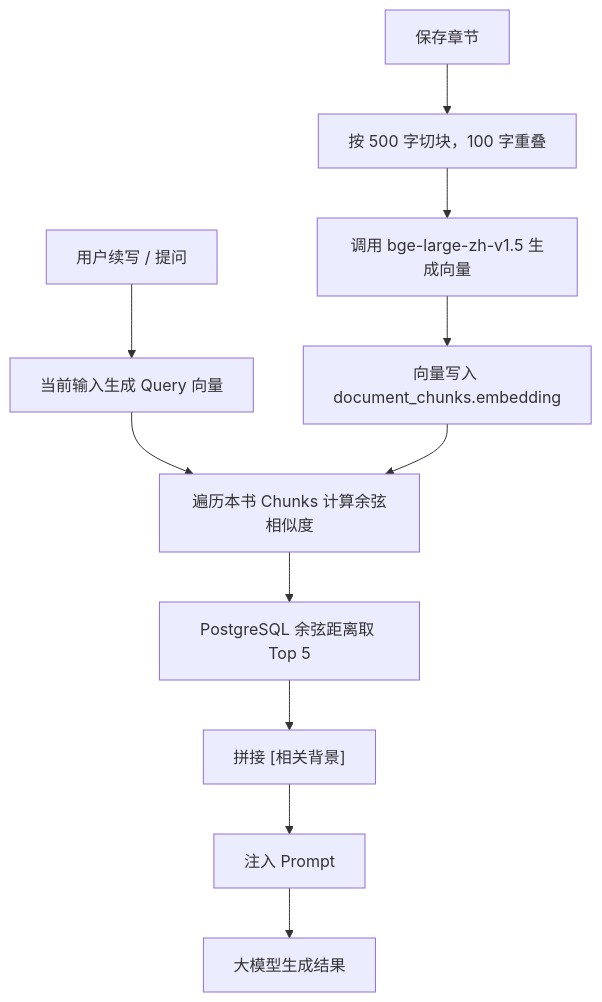
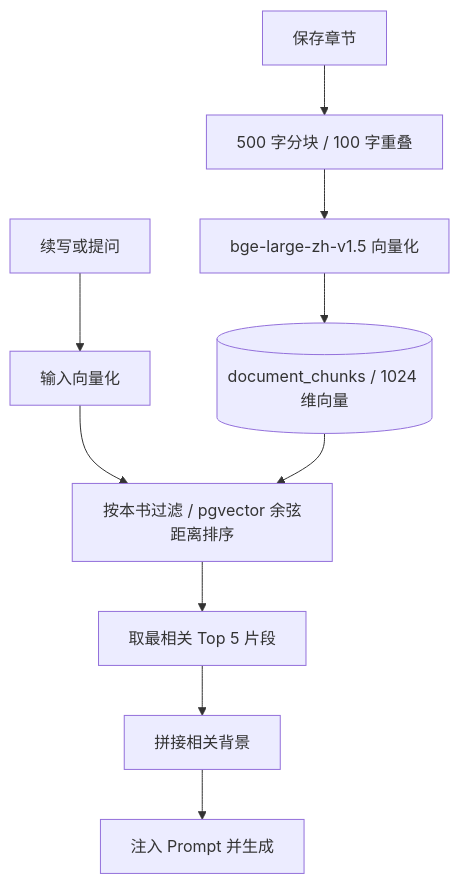
The second of 2 diagrams in README.md (tbyang28/ai-writing-assistant), drawn with Mermaid before and after one commit. The commit also changed other lines of this file and 6 other files, not shown here.

````diff
--- a/README.md
+++ b/README.md
@@ -108,13 +110,12 @@
 ```mermaid
 flowchart TD
-  Save["保存章节"] --> Split["按 500 字切块，100 字重叠"]
-  Split --> Embed["调用 bge-large-zh-v1.5 生成向量"]
-  Embed --> Store["向量写入 document_chunks.embedding"]
-  Query["用户续写 / 提问"] --> QueryEmbed["当前输入生成 Query 向量"]
-  QueryEmbed --> Similar["遍历本书 Chunks 计算余弦相似度"]
-  Store --> Similar
-  Similar --> TopK["PostgreSQL 余弦距离取 Top 5"]
-  TopK --> Context["拼接 [相关背景]"]
-  Context --> Prompt["注入 Prompt"]
-  Prompt --> LLM["大模型生成结果"]
+  Save[保存章节] --> Split[500 字分块 / 100 字重叠]
+  Split --> Embed[bge-large-zh-v1.5 向量化]
+  Embed --> Store[(document_chunks / 1024 维向量)]
+  Query[续写或提问] --> QEmbed[输入向量化]
+  QEmbed --> Search[按本书过滤 / pgvector 余弦距离排序]
+  Store --> Search
+  Search --> TopK[取最相关 Top 5 片段]
+  TopK --> Context[拼接相关背景]
+  Context --> Prompt[注入 Prompt 并生成]
 ```
````
